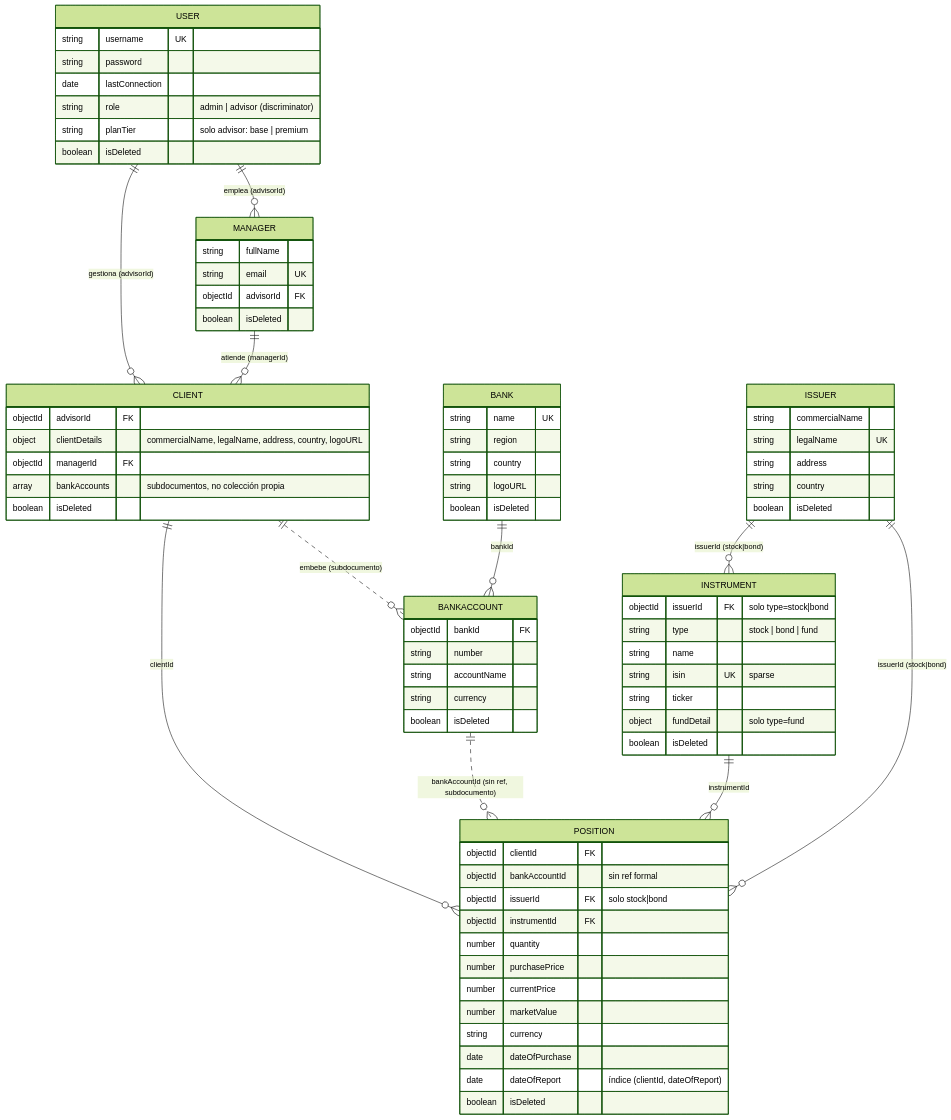
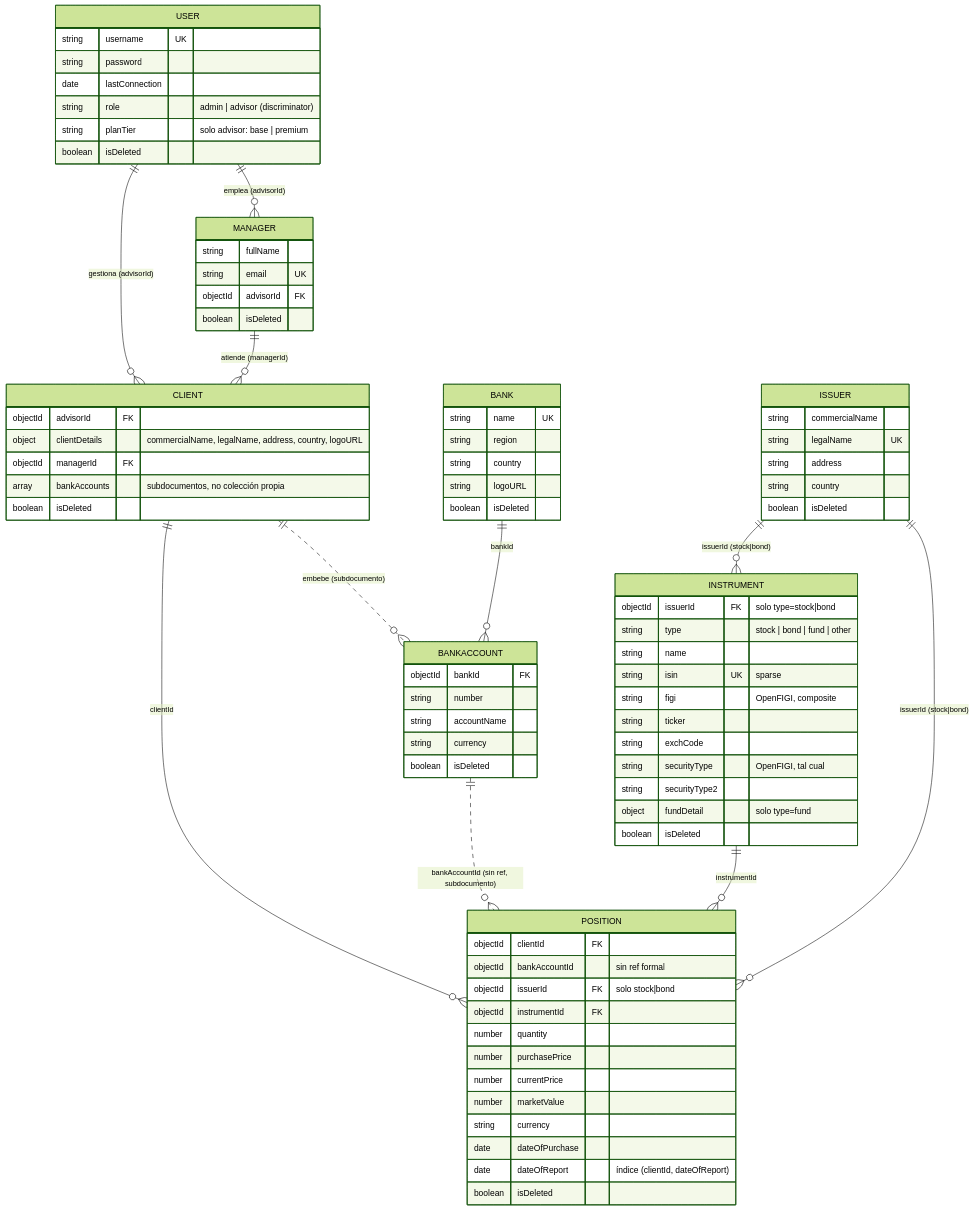
One commit to FrancoRossi-Dev/obligatorio changed the second of 3 diagrams in README.md. Above: the diagram before and after it, drawn with Mermaid (forest theme). The commit also changed other lines of this file and 7 other files, not shown here.

Commit message:
open figi y normalizacion de sec types

````diff
--- a/README.md
+++ b/README.md
@@ -222,78 +222,82 @@
 ```mermaid
 erDiagram
     USER ||--o{ CLIENT : "gestiona (advisorId)"
     USER ||--o{ MANAGER : "emplea (advisorId)"
     MANAGER ||--o{ CLIENT : "atiende (managerId)"
     MANAGER {
         string fullName
         string email UK
         objectId advisorId FK
         boolean isDeleted
     }
     USER {
         string username UK
         string password
         date lastConnection
         string role "admin | advisor (discriminator)"
         string planTier "solo advisor: base | premium"
         boolean isDeleted
     }
     CLIENT ||--o{ POSITION : "clientId"
     CLIENT ||..o{ BANKACCOUNT : "embebe (subdocumento)"
     CLIENT {
         objectId advisorId FK
         object clientDetails "commercialName, legalName, address, country, logoURL"
         objectId managerId FK
         array bankAccounts "subdocumentos, no colección propia"
         boolean isDeleted
     }
     BANK ||--o{ BANKACCOUNT : "bankId"
     BANK {
         string name UK
         string region
         string country
         string logoURL
         boolean isDeleted
     }
     BANKACCOUNT {
         objectId bankId FK
         string number
         string accountName
         string currency
         boolean isDeleted
     }
     BANKACCOUNT ||..o{ POSITION : "bankAccountId (sin ref, subdocumento)"
     INSTRUMENT ||--o{ POSITION : "instrumentId"
     INSTRUMENT {
         objectId issuerId FK "solo type=stock|bond"
-        string type "stock | bond | fund"
+        string type "stock | bond | fund | other"
         string name
         string isin UK "sparse"
+        string figi "OpenFIGI, composite"
         string ticker
+        string exchCode
+        string securityType "OpenFIGI, tal cual"
+        string securityType2
         object fundDetail "solo type=fund"
         boolean isDeleted
     }
     ISSUER ||--o{ INSTRUMENT : "issuerId (stock|bond)"
     ISSUER ||--o{ POSITION : "issuerId (stock|bond)"
     ISSUER {
         string commercialName
         string legalName UK
         string address
         string country
         boolean isDeleted
     }
     POSITION {
         objectId clientId FK
         objectId bankAccountId "sin ref formal"
         objectId issuerId FK "solo stock|bond"
         objectId instrumentId FK
         number quantity
         number purchasePrice
         number currentPrice
         number marketValue
         string currency
         date dateOfPurchase
         date dateOfReport "índice (clientId, dateOfReport)"
         boolean isDeleted
     }
 ```
````
